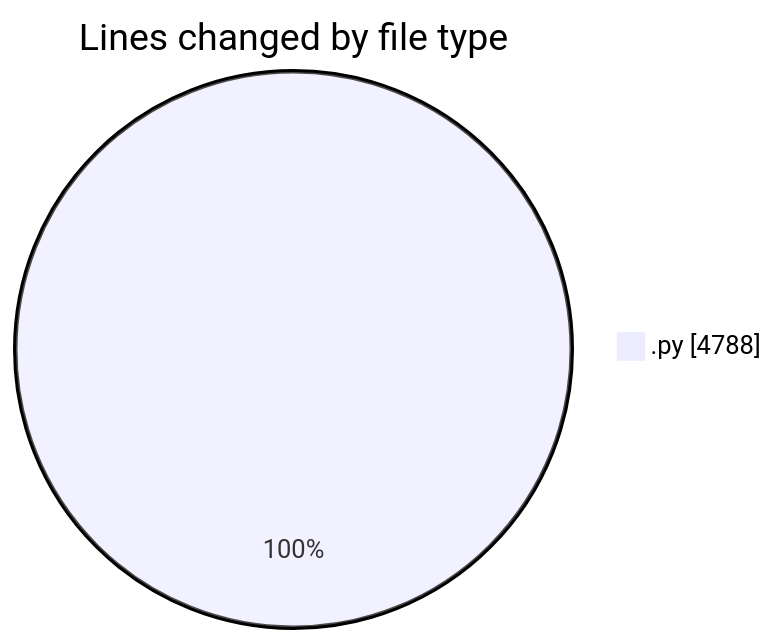
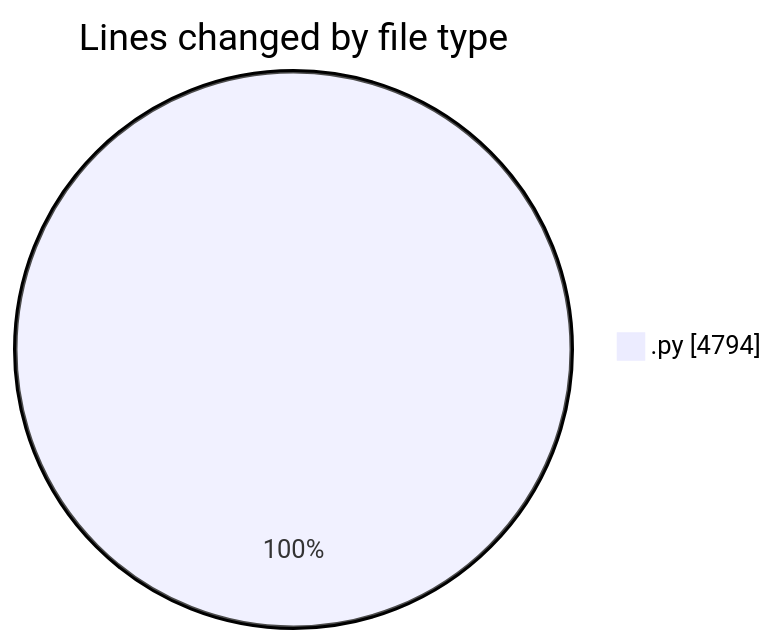
The first of 2 diagrams in 2025-05-08/myws__workspace_/README.md (MatusMokan/code-tracking), drawn with Mermaid before and after one commit. The commit also changed other lines of this file and 1 other file, not shown here.

````diff
--- a/2025-05-08/myws__workspace_/README.md
+++ b/2025-05-08/myws__workspace_/README.md
@@ -24,5 +24,5 @@
 ```mermaid
 pie showData
 title Lines changed by file type
-".py" : 4788
+".py" : 4794
 ```
````
